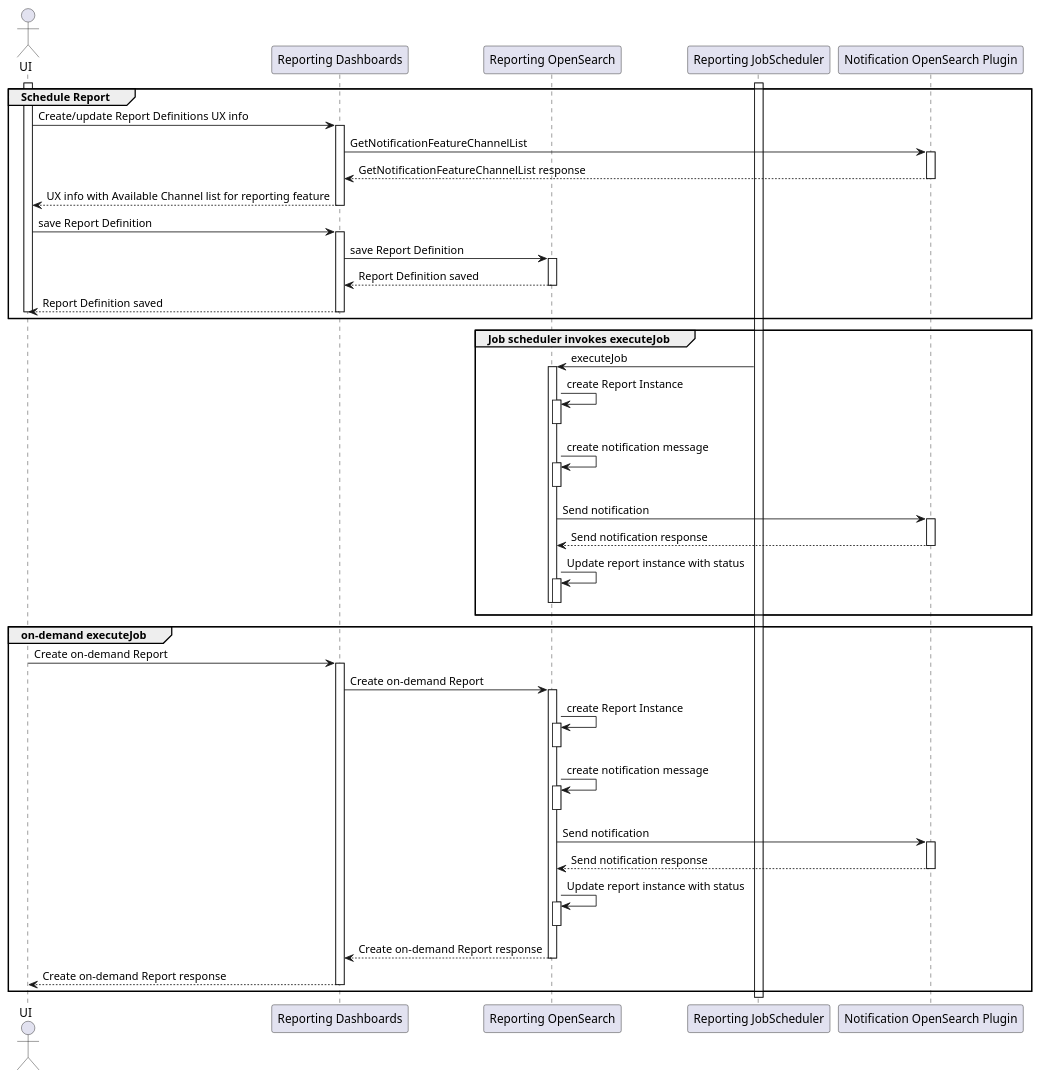
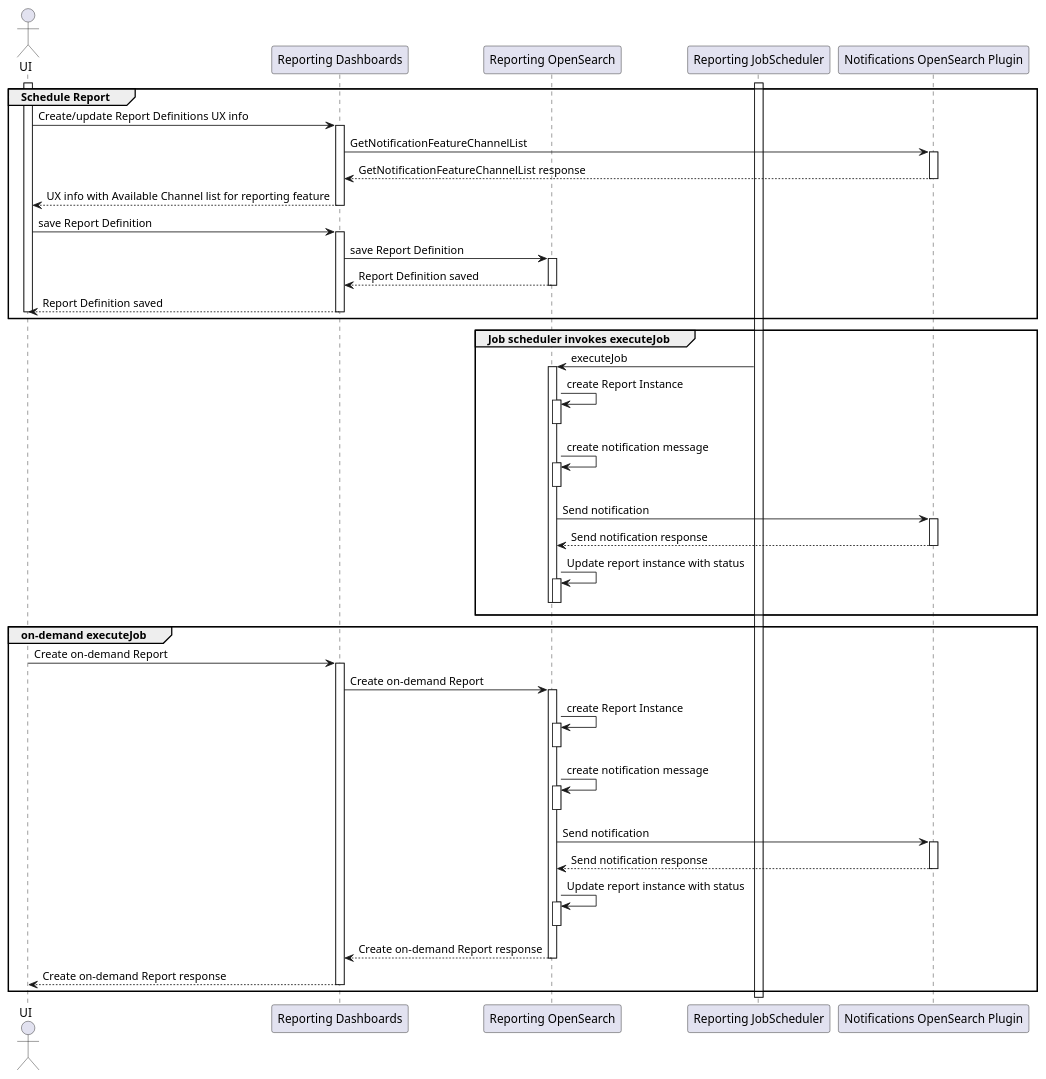
Before and after one commit to opensearch-project/reporting: the diagram in docs/NotificationPluginInteraction.puml, drawn with PlantUML. The commit also changed 1 other file, not shown here.

Commit message:
amend Notifications plugin naming in diagram Signed-off-by: David Cui <davidcui@amazon.com>

```diff
--- a/docs/NotificationPluginInteraction.puml
+++ b/docs/NotificationPluginInteraction.puml
@@ -1,79 +1,79 @@
 @startuml
 
 actor "UI" as ui
 participant "Reporting Dashboards" as rd
 participant "Reporting OpenSearch" as ros
 participant "Reporting JobScheduler" as rjs
-participant "Notification OpenSearch Plugin" as nos
+participant "Notifications OpenSearch Plugin" as nos
 
 activate rjs
 
 group Schedule Report
 activate ui
 ui -> rd : Create/update Report Definitions UX info
 activate rd
 rd -> nos : GetNotificationFeatureChannelList
 activate nos
 nos --> rd : GetNotificationFeatureChannelList response
 deactivate nos
 rd --> ui : UX info with Available Channel list for reporting feature
 deactivate rd
 ui -> rd : save Report Definition
 activate rd
 rd -> ros : save Report Definition
 activate ros
 ros --> rd : Report Definition saved
 deactivate ros
 rd --> ui : Report Definition saved
 deactivate rd
 deactivate ui
 end
 
 group Job scheduler invokes executeJob
 rjs -> ros : executeJob
 activate ros
 ros -> ros : create Report Instance
 activate ros
 deactivate ros
 ros -> ros : create notification message
 activate ros
 deactivate ros
 ros -> nos : Send notification
 activate nos
 nos --> ros : Send notification response
 deactivate nos
 ros -> ros : Update report instance with status
 activate ros
 deactivate ros
 deactivate ros
 end
 
 group on-demand executeJob
 activate ui
 ui -> rd : Create on-demand Report
 activate rd
 rd -> ros : Create on-demand Report
 activate ros
 ros -> ros : create Report Instance
 activate ros
 deactivate ros
 ros -> ros : create notification message
 activate ros
 deactivate ros
 ros -> nos : Send notification
 activate nos
 nos --> ros : Send notification response
 deactivate nos
 ros -> ros : Update report instance with status
 activate ros
 deactivate ros
 ros --> rd : Create on-demand Report response
 deactivate ros
 rd --> ui : Create on-demand Report response
 deactivate
 deactivate ui
 end
 
 deactivate rjs
 
 @enduml
```
